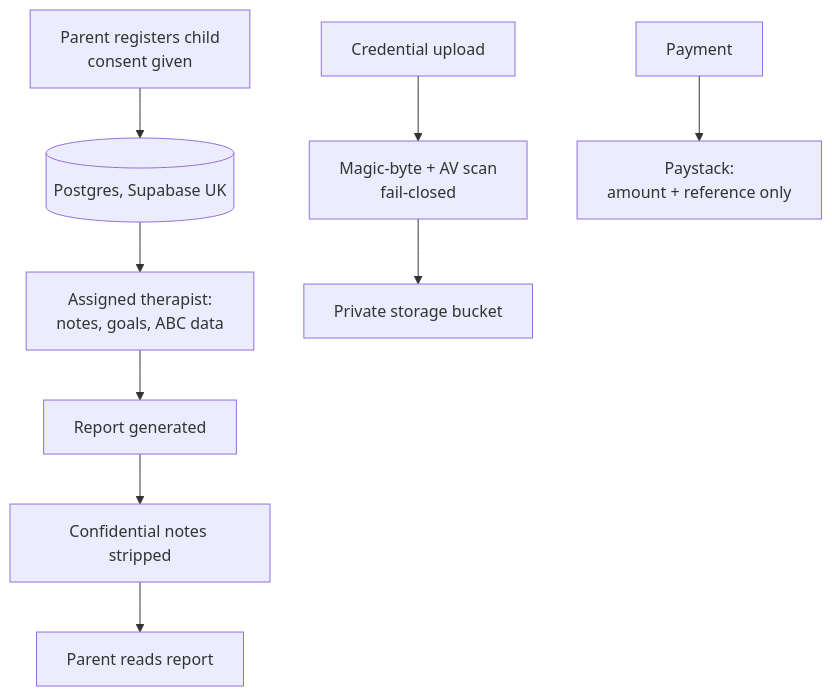
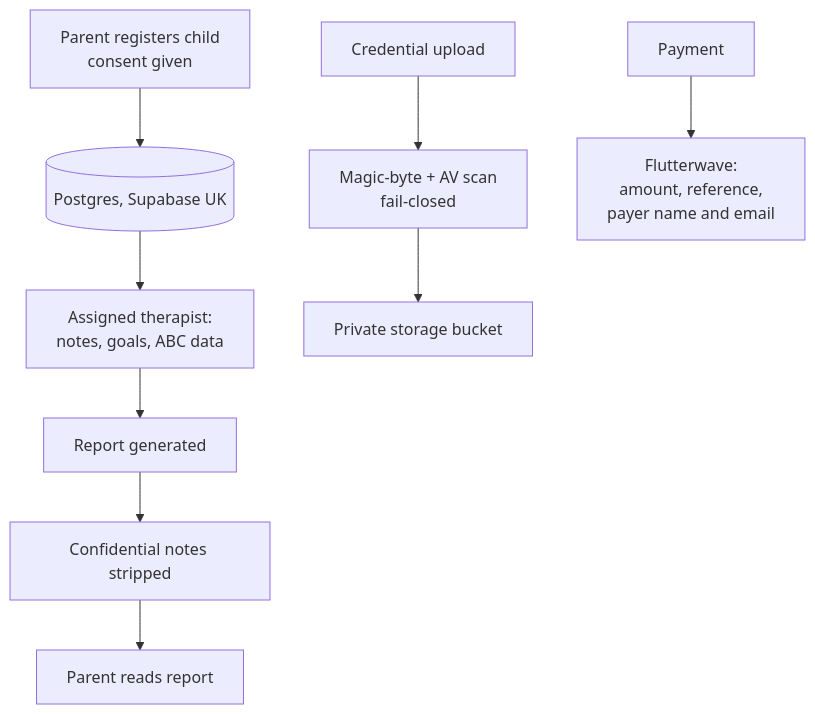
One commit to InPsycodes/Hayven changed the first of 2 diagrams in docs/data-protection-impact-assessment.md. Above: the diagram before and after it, drawn with Mermaid. The commit also changed other lines of this file and 65 other files, not shown here.

First line of the commit message:
Switch payments from Paystack to Flutterwave

````diff
--- a/docs/data-protection-impact-assessment.md
+++ b/docs/data-protection-impact-assessment.md
@@ -260,11 +260,11 @@
 ```mermaid
 flowchart TD
   A[Parent registers child<br/>consent given] --> B[(Postgres, Supabase UK)]
   B --> C[Assigned therapist:<br/>notes, goals, ABC data]
   C --> D[Report generated]
   D --> E[Confidential notes stripped]
   E --> F[Parent reads report]
   G[Credential upload] --> H[Magic-byte + AV scan<br/>fail-closed]
   H --> I[Private storage bucket]
-  J[Payment] --> K[Paystack:<br/>amount + reference only]
+  J[Payment] --> K[Flutterwave:<br/>amount, reference,<br/>payer name and email]
 ```
````
